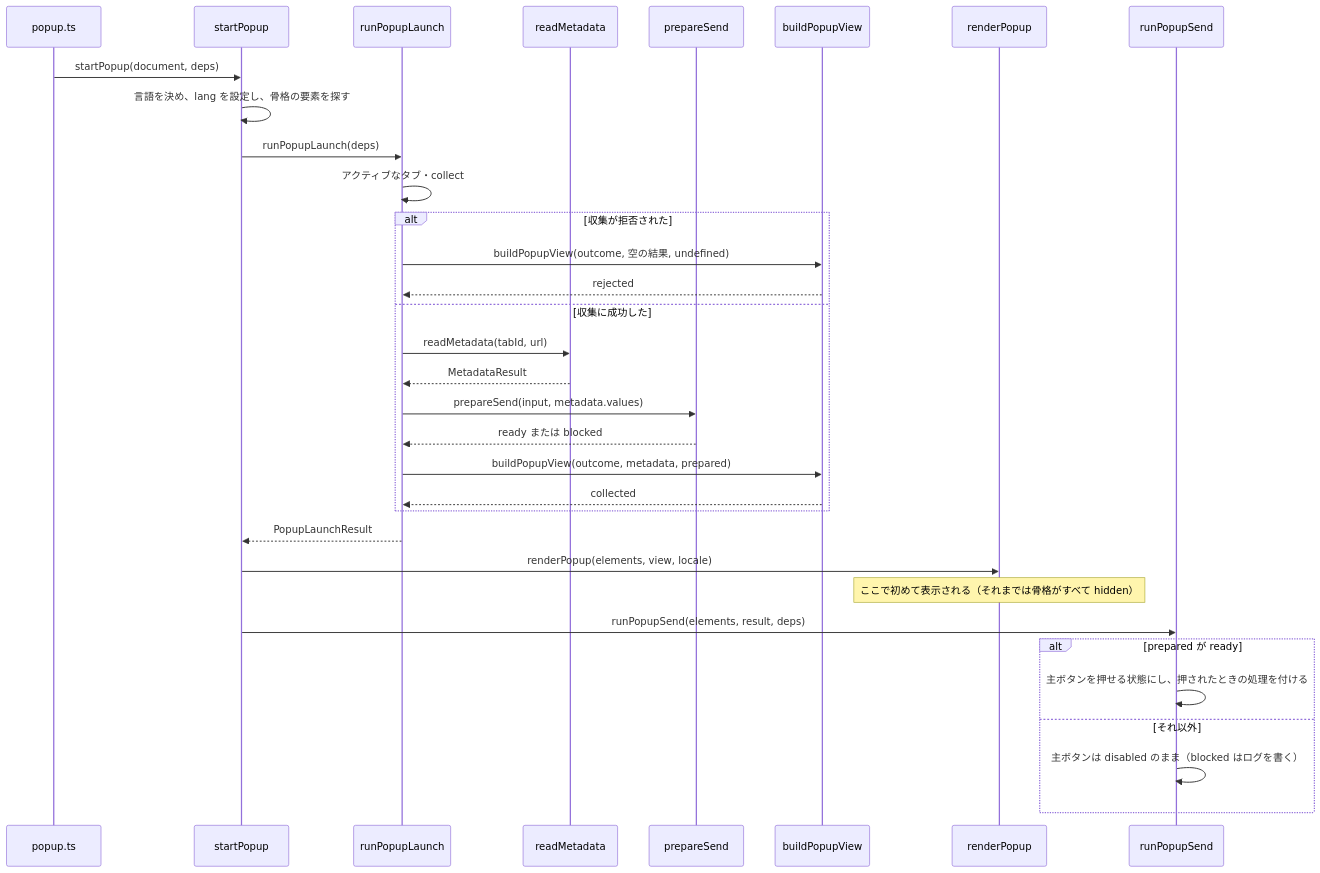
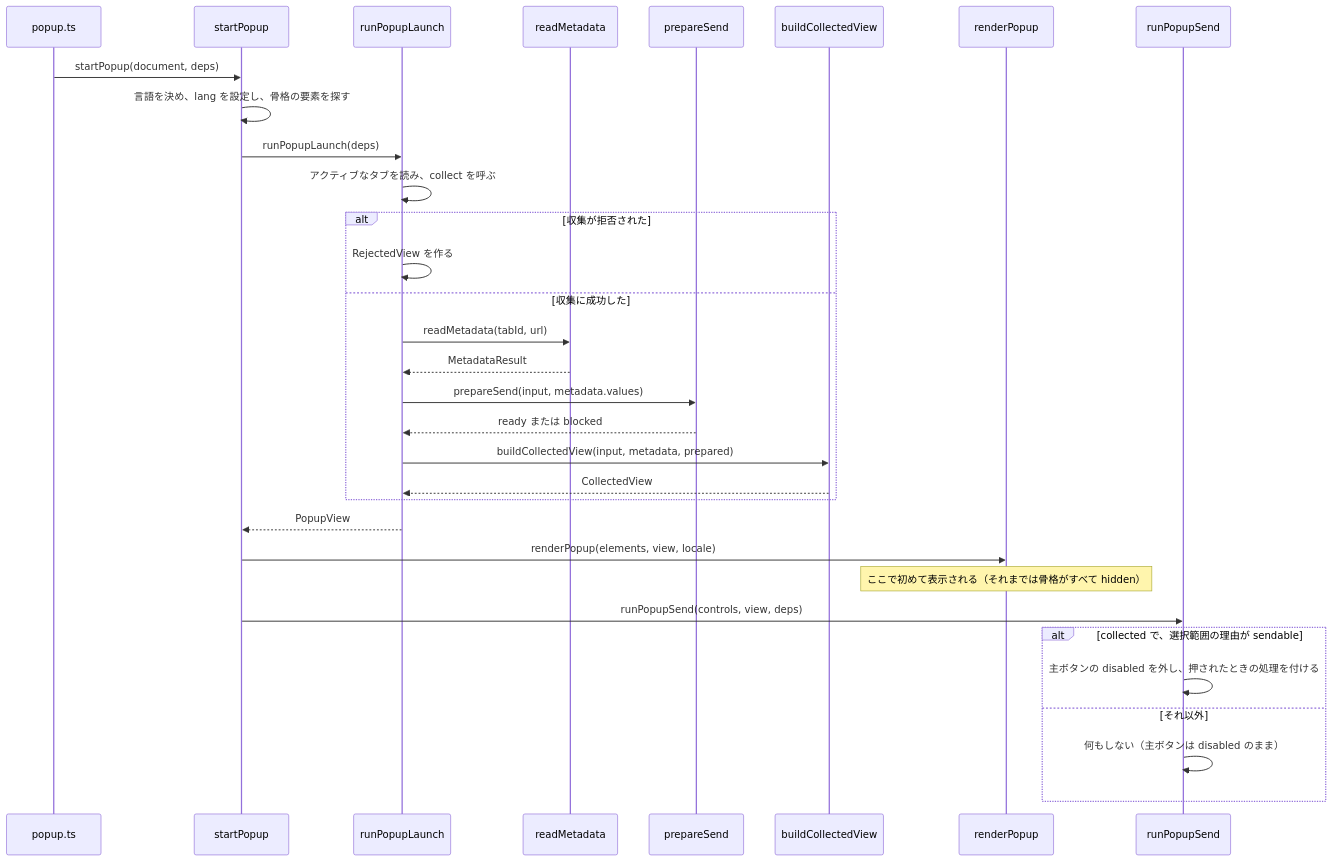
One commit to isseis/yt2column changed the fourth of 5 diagrams in docs/tasks/0046_popup_redesign/02_architecture.md. Above: the diagram before and after it, drawn with Mermaid. The commit also changed other lines of this file, not shown here.

First line of the commit message:
docs(0046): address architecture review and Japanese prose findings

````diff
--- a/docs/tasks/0046_popup_redesign/02_architecture.md
+++ b/docs/tasks/0046_popup_redesign/02_architecture.md
@@ -668,36 +705,35 @@
 ```mermaid
 sequenceDiagram
     participant P as popup.ts
     participant S as startPopup
     participant L as runPopupLaunch
     participant M as readMetadata
     participant PR as prepareSend
-    participant B as buildPopupView
+    participant B as buildCollectedView
     participant R as renderPopup
     participant SE as runPopupSend
 
     P->>S: startPopup(document, deps)
     S->>S: 言語を決め、lang を設定し、骨格の要素を探す
     S->>L: runPopupLaunch(deps)
-    L->>L: アクティブなタブ・collect
+    L->>L: アクティブなタブを読み、collect を呼ぶ
     alt 収集が拒否された
-        L->>B: buildPopupView(outcome, 空の結果, undefined)
-        B-->>L: rejected
+        L->>L: RejectedView を作る
     else 収集に成功した
         L->>M: readMetadata(tabId, url)
         M-->>L: MetadataResult
         L->>PR: prepareSend(input, metadata.values)
         PR-->>L: ready または blocked
-        L->>B: buildPopupView(outcome, metadata, prepared)
-        B-->>L: collected
+        L->>B: buildCollectedView(input, metadata, prepared)
+        B-->>L: CollectedView
     end
-    L-->>S: PopupLaunchResult
+    L-->>S: PopupView
     S->>R: renderPopup(elements, view, locale)
     Note over R: ここで初めて表示される（それまでは骨格がすべて hidden）
-    S->>SE: runPopupSend(elements, result, deps)
-    alt prepared が ready
-        SE->>SE: 主ボタンを押せる状態にし、押されたときの処理を付ける
+    S->>SE: runPopupSend(controls, view, deps)
+    alt collected で、選択範囲の理由が sendable
+        SE->>SE: 主ボタンの disabled を外し、押されたときの処理を付ける
     else それ以外
-        SE->>SE: 主ボタンは disabled のまま（blocked はログを書く）
+        SE->>SE: 何もしない（主ボタンは disabled のまま）
     end
 ```
````
